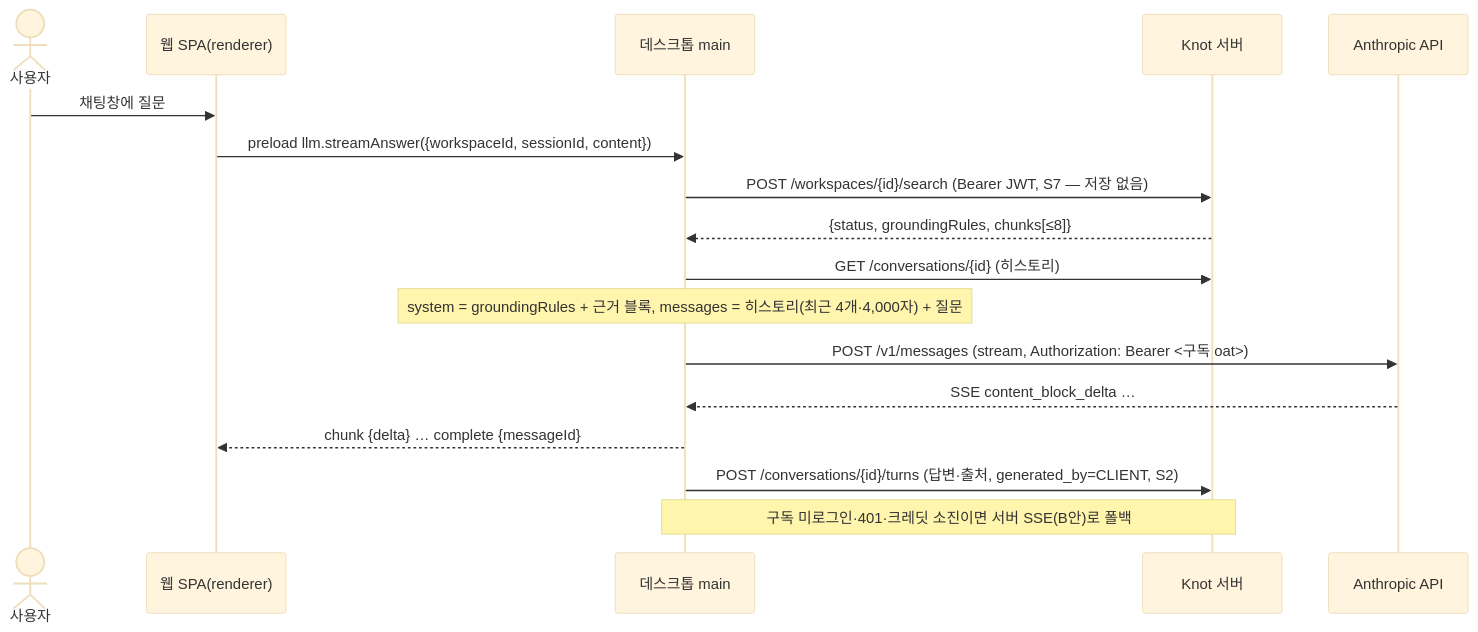
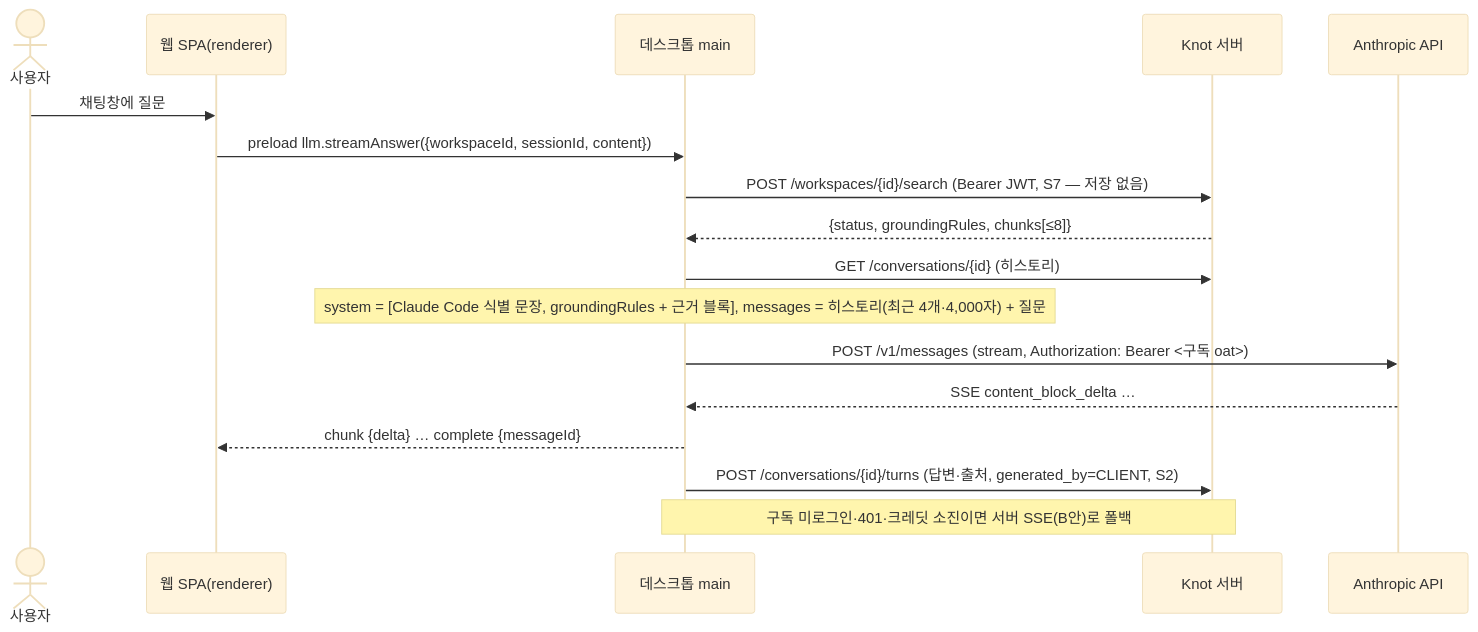
One commit to woowacourse-teams/2026-Knot changed the second of 2 diagrams in docs/electron-desktop-app-tech-plan.md. Above: the diagram before and after it, drawn with Mermaid (base theme). The commit also changed other lines of this file and 3 other files, not shown here.

````diff
--- a/docs/electron-desktop-app-tech-plan.md
+++ b/docs/electron-desktop-app-tech-plan.md
@@ -535,19 +535,19 @@
 ```mermaid
 sequenceDiagram
     actor U as 사용자
     participant R as 웹 SPA(renderer)
     participant M as 데스크톱 main
     participant S as Knot 서버
     participant A as Anthropic API
     U->>R: 채팅창에 질문
     R->>M: preload llm.streamAnswer({workspaceId, sessionId, content})
     M->>S: POST /workspaces/{id}/search (Bearer JWT, S7 — 저장 없음)
     S-->>M: {status, groundingRules, chunks[≤8]}
     M->>S: GET /conversations/{id} (히스토리)
-    Note over M: system = groundingRules + 근거 블록, messages = 히스토리(최근 4개·4,000자) + 질문
+    Note over M: system = [Claude Code 식별 문장, groundingRules + 근거 블록], messages = 히스토리(최근 4개·4,000자) + 질문
     M->>A: POST /v1/messages (stream, Authorization: Bearer <구독 oat>)
     A-->>M: SSE content_block_delta …
     M-->>R: chunk {delta} … complete {messageId}
     M->>S: POST /conversations/{id}/turns (답변·출처, generated_by=CLIENT, S2)
     Note over M,S: 구독 미로그인·401·크레딧 소진이면 서버 SSE(B안)로 폴백
 ```
````
